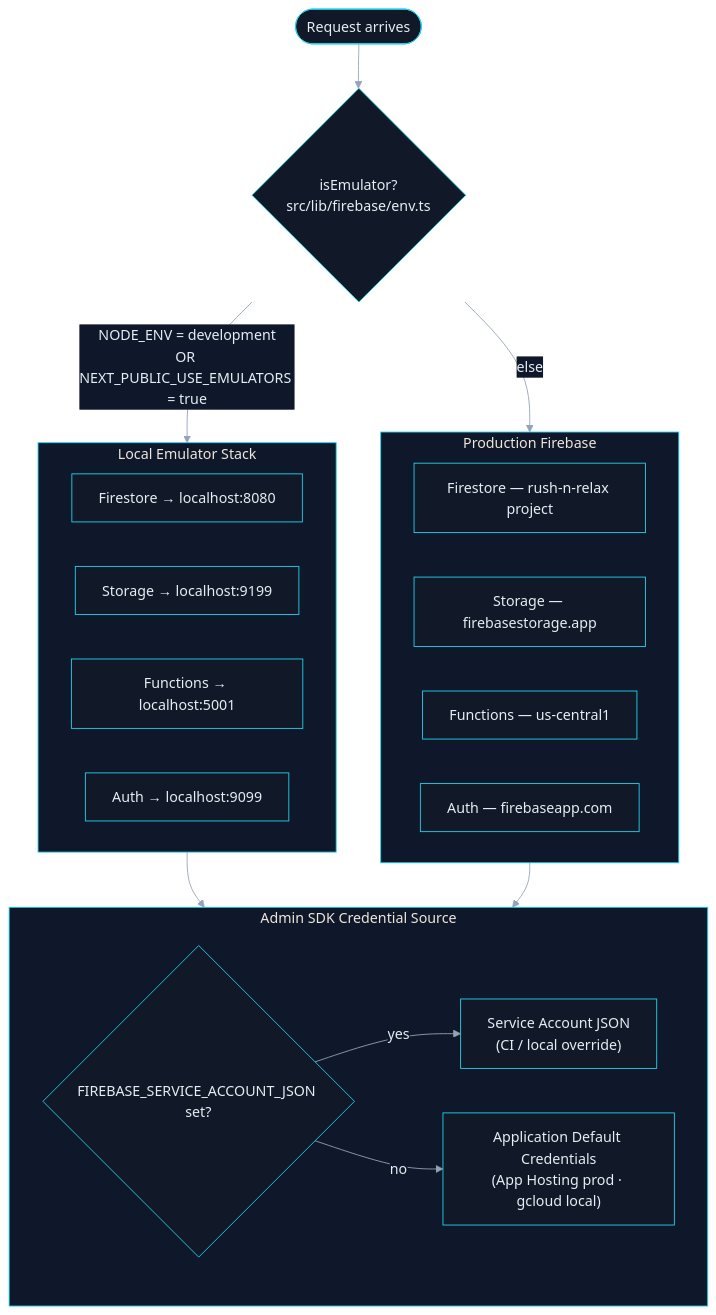
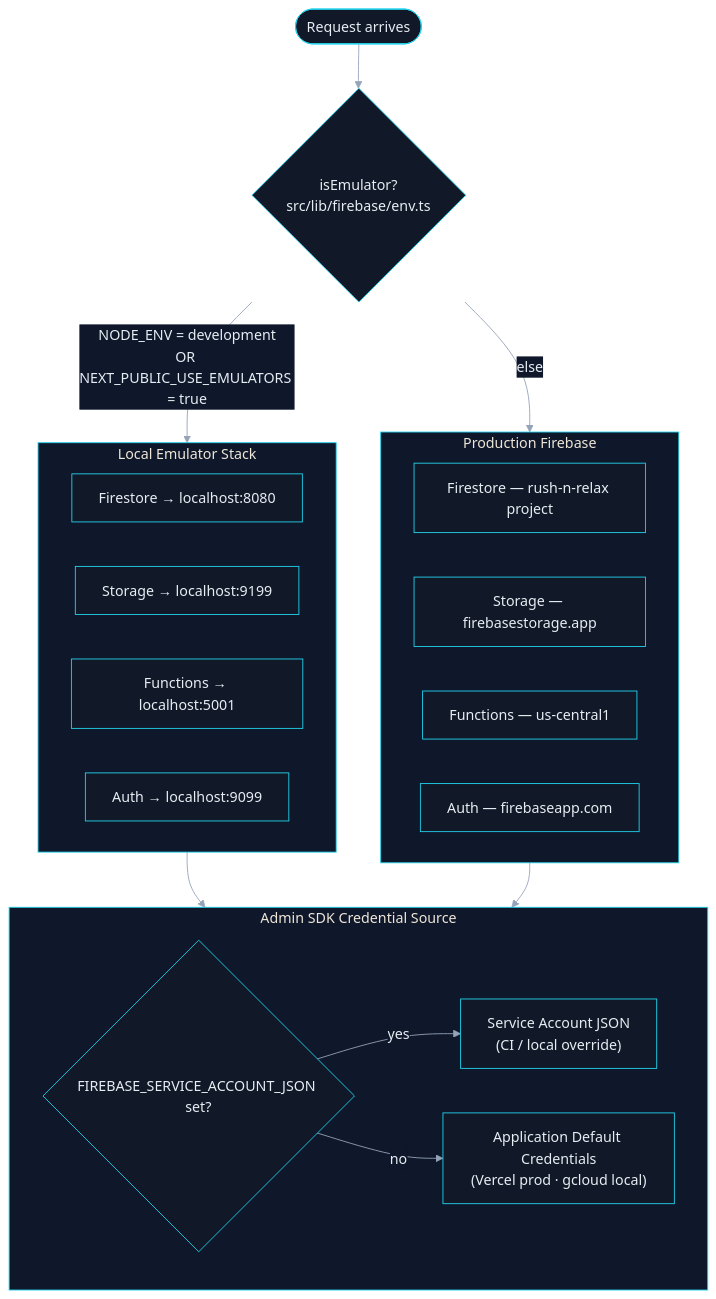
The third of 5 diagrams in docs/engineering/architecture.md (brewski-beers/rush-n-relax), drawn with Mermaid before and after one commit. The commit also changed other lines of this file and 47 other files, not shown here.

````diff
--- a/docs/engineering/architecture.md
+++ b/docs/engineering/architecture.md
@@ -142,39 +142,39 @@
 ```mermaid
 %%{init: {'theme': 'base', 'themeVariables': {'background': '#0b0f17', 'primaryColor': '#111827', 'primaryTextColor': '#e6edf3', 'primaryBorderColor': '#22d3ee', 'lineColor': '#94a3b8', 'secondaryColor': '#0f172a', 'tertiaryColor': '#111827', 'clusterBkg': '#0f172a', 'clusterBorder': '#22d3ee', 'fontFamily': 'Avenir Next, Avenir, Segoe UI, sans-serif'}}}%%
 
 flowchart TD
 
     START(["Request arrives"])
 
     START --> CHECK{"isEmulator?\nsrc/lib/firebase/env.ts"}
 
     CHECK -->|"NODE_ENV = development\nOR NEXT_PUBLIC_USE_EMULATORS = true"| EMU
     CHECK -->|"else"| PROD
 
     subgraph EMU["Local Emulator Stack"]
         E1["Firestore → localhost:8080"]
         E2["Storage → localhost:9199"]
         E3["Functions → localhost:5001"]
         E4["Auth → localhost:9099"]
     end
 
     subgraph PROD["Production Firebase"]
         P1["Firestore — rush-n-relax project"]
         P2["Storage — firebasestorage.app"]
         P3["Functions — us-central1"]
         P4["Auth — firebaseapp.com"]
     end
 
     subgraph CREDS["Admin SDK Credential Source"]
         C1{"FIREBASE_SERVICE_ACCOUNT_JSON set?"}
         C1 -->|"yes"| SC["Service Account JSON\n(CI / local override)"]
-        C1 -->|"no"| ADC["Application Default Credentials\n(App Hosting prod · gcloud local)"]
+        C1 -->|"no"| ADC["Application Default Credentials\n(Vercel prod · gcloud local)"]
     end
 
     EMU --> CREDS
     PROD --> CREDS
 
     classDef title fill:#020617,color:#e6edf3,stroke:#22d3ee,stroke-width:2px;
     classDef complete fill:#166534,color:#fff;
     classDef warn fill:#7f1d1d,color:#fff;
 ```
````
